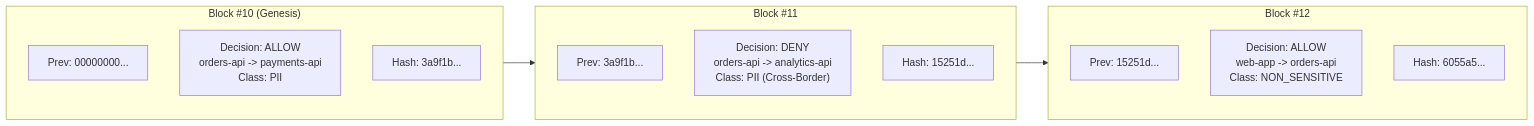
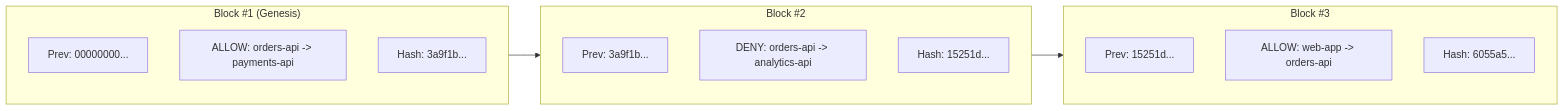
One commit to VishalRajExe/PolicyMesh changed the fifth of 5 diagrams in README.md. Above: the diagram before and after it, drawn with Mermaid. The commit also changed other lines of this file, not shown here.

Commit message:
docs(readme): comprehensive modern redesign reflecting current architecture, features, security, and live deployment

````diff
--- a/README.md
+++ b/README.md
@@ -400,22 +259,22 @@
 ```mermaid
 flowchart LR
-    subgraph Block1["Block #10 (Genesis)"]
+    subgraph Block1["Block #1 (Genesis)"]
         H0["Prev: 00000000..."]
-        D0["Decision: ALLOW\norders-api -> payments-api\nClass: PII"]
+        D0["ALLOW: orders-api -> payments-api"]
         H1["Hash: 3a9f1b..."]
     end
 
-    subgraph Block2["Block #11"]
+    subgraph Block2["Block #2"]
         H1b["Prev: 3a9f1b..."]
-        D1["Decision: DENY\norders-api -> analytics-api\nClass: PII (Cross-Border)"]
+        D1["DENY: orders-api -> analytics-api"]
         H2["Hash: 15251d..."]
     end
 
-    subgraph Block3["Block #12"]
+    subgraph Block3["Block #3"]
         H2b["Prev: 15251d..."]
-        D2["Decision: ALLOW\nweb-app -> orders-api\nClass: NON_SENSITIVE"]
+        D2["ALLOW: web-app -> orders-api"]
         H3["Hash: 6055a5..."]
     end
 
     Block1 --> Block2 --> Block3
 ```
````
